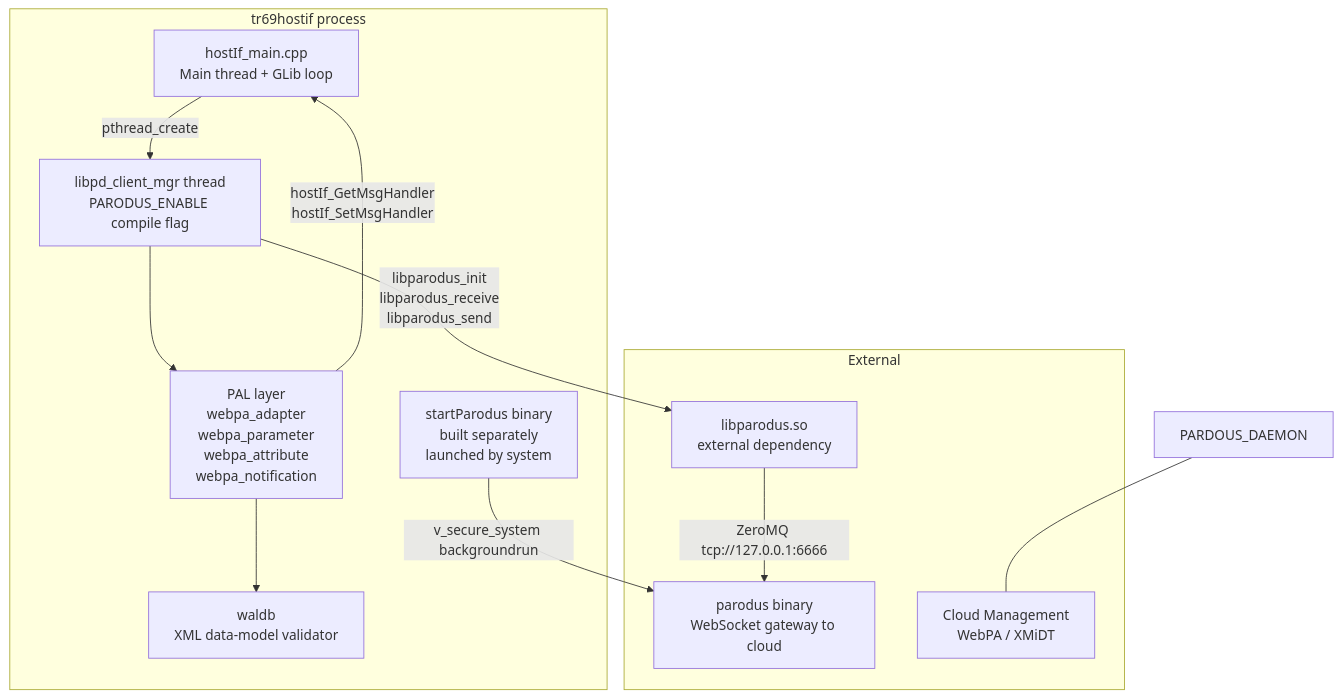
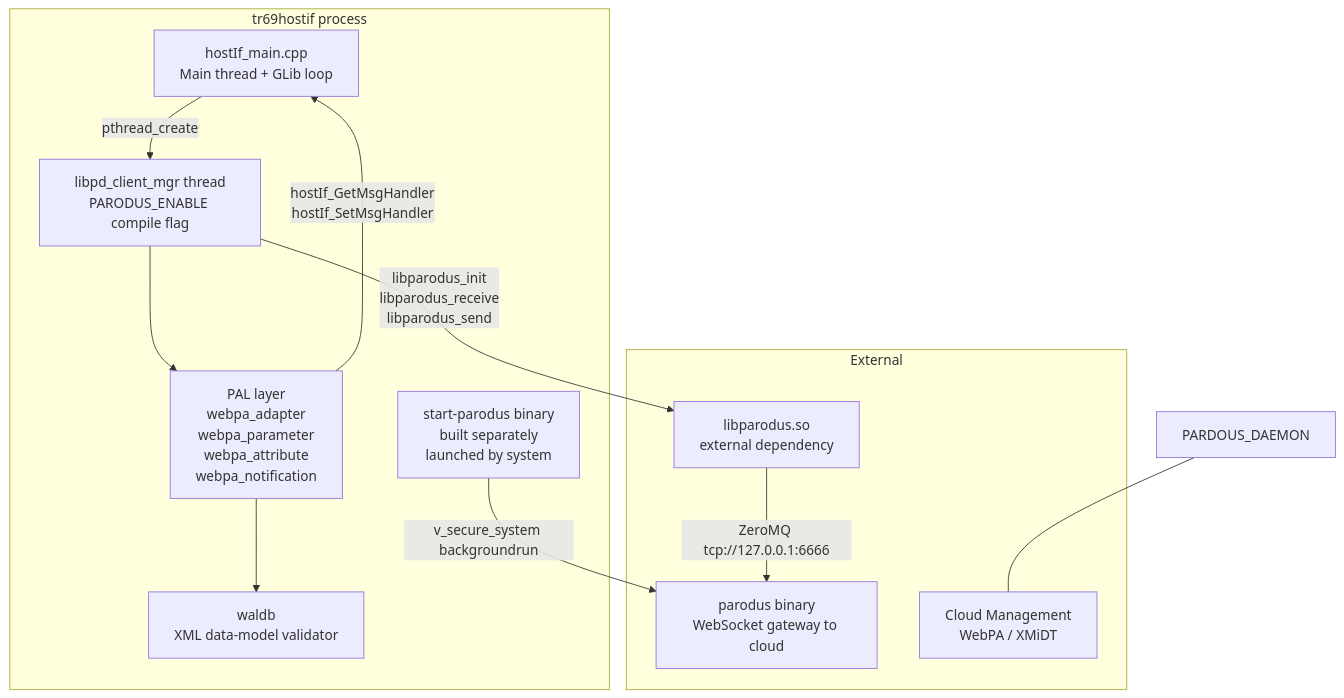
One commit to rdkcentral/tr69hostif changed the first of 7 diagrams in src/hostif/parodusClient/docs/parodus-module-analysis.md. Above: the diagram before and after it, drawn with Mermaid. The commit also changed other lines of this file and 17 other files, not shown here.

````diff
--- a/src/hostif/parodusClient/docs/parodus-module-analysis.md
+++ b/src/hostif/parodusClient/docs/parodus-module-analysis.md
@@ -17,27 +17,27 @@
 ```mermaid
 flowchart TB
     subgraph tr69hostif process
         MAIN[hostIf_main.cpp\nMain thread + GLib loop]
         PARODUS_THREAD[libpd_client_mgr thread\nPARODUS_ENABLE compile flag]
         WALDB[waldb\nXML data-model validator]
         PAL[PAL layer\nwebpa_adapter\nwebpa_parameter\nwebpa_attribute\nwebpa_notification]
-        START_PARODUS[startParodus binary\nbuilt separately\nlaunched by system]
+        START_PARODUS[start-parodus binary\nbuilt separately\nlaunched by system]
 
         MAIN -->|pthread_create| PARODUS_THREAD
         PARODUS_THREAD --> PAL
         PAL --> WALDB
         PAL -->|hostIf_GetMsgHandler\nhostIf_SetMsgHandler| MAIN
     end
 
     subgraph External
         LIBPARODUS[libparodus.so\nexternal dependency]
         PARODUS_DAEMON[parodus binary\nWebSocket gateway to cloud]
         CLOUD[Cloud Management\nWebPA / XMiDT]
     end
 
     PARODUS_THREAD -->|libparodus_init\nlibparodus_receive\nlibparodus_send| LIBPARODUS
     LIBPARODUS -->|ZeroMQ tcp://127.0.0.1:6666| PARODUS_DAEMON
     PARDOUS_DAEMON --- CLOUD
 
     START_PARODUS -->|v_secure_system backgroundrun| PARODUS_DAEMON
 ```
````
